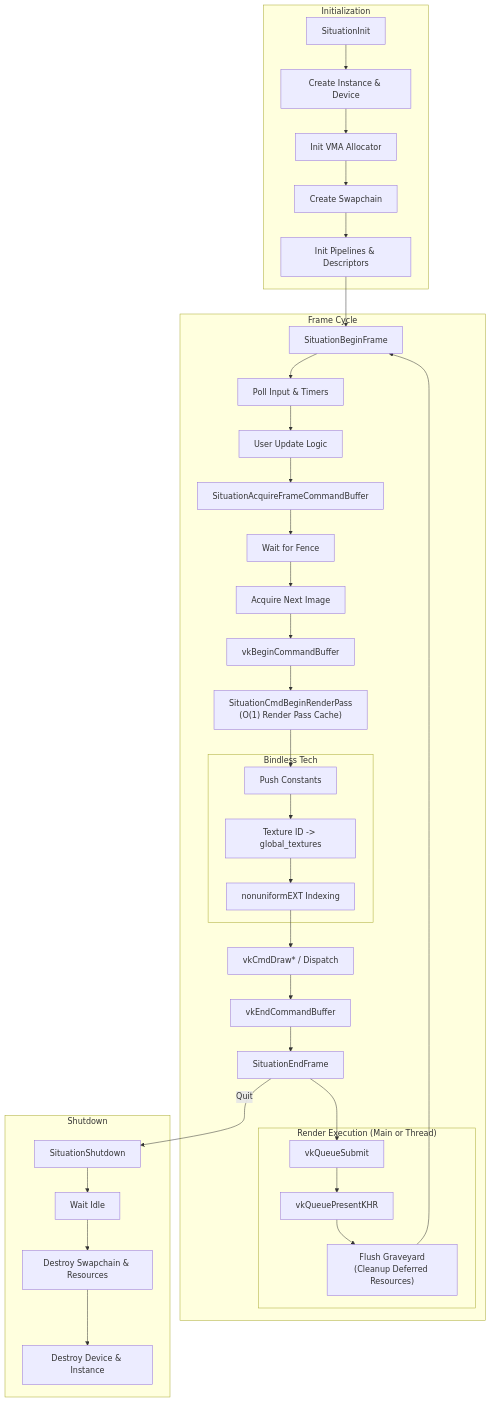
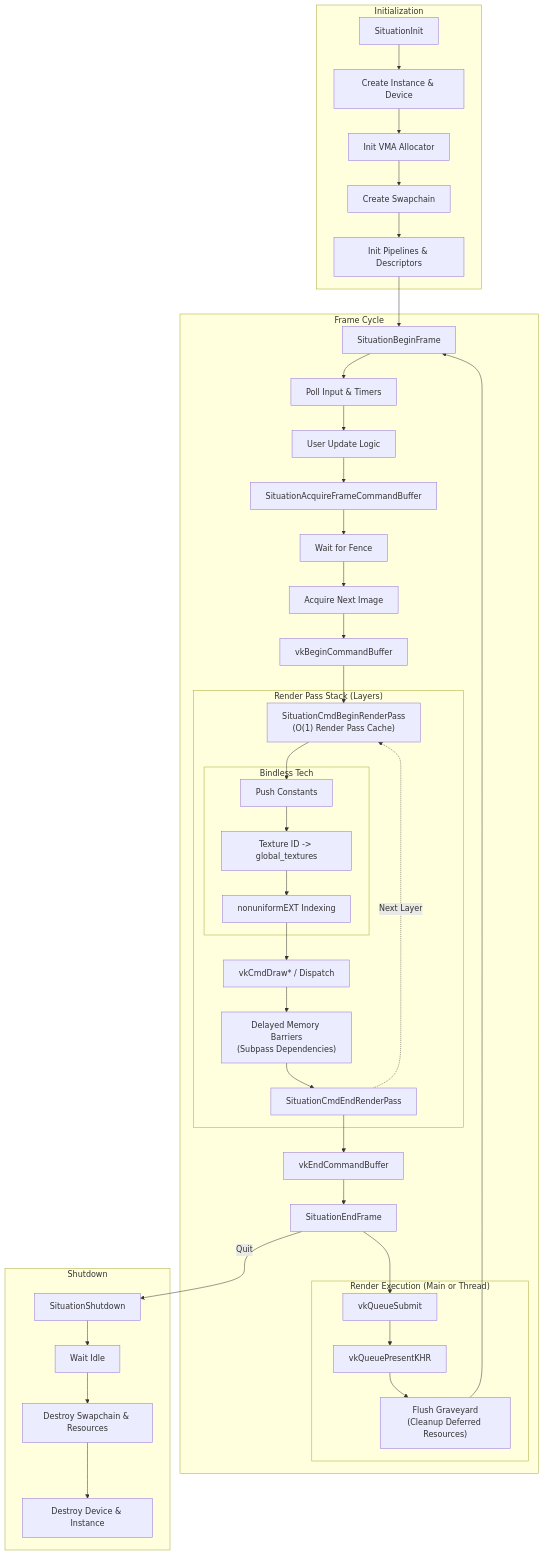
One commit to jmorel33/situation changed the third of 3 diagrams in README.md. Above: the diagram before and after it, drawn with Mermaid. The commit also changed other lines of this file and 1 other file, not shown here.

Commit message:
docs: update Mermaid diagrams to reflect render pass stack refactor

````diff
--- a/README.md
+++ b/README.md
@@ -321,55 +335,66 @@
 ```mermaid
 graph TD
     subgraph Init ["Initialization"]
         I1["SituationInit"]
         I2["Create Instance & Device"]
         I3["Init VMA Allocator"]
         I4["Create Swapchain"]
         I5["Init Pipelines & Descriptors"]
     end
 
     subgraph Loop ["Frame Cycle"]
         L1["SituationBeginFrame"]
         L2["Poll Input & Timers"]
         L3["User Update Logic"]
         L4["SituationAcquireFrameCommandBuffer"]
         L4a["Wait for Fence"]
         L4b["Acquire Next Image"]
         L4c["vkBeginCommandBuffer"]
-        L5["SituationCmdBeginRenderPass\n(O(1) Render Pass Cache)"]
 
-        subgraph Bindless ["Bindless Tech"]
-            B1["Push Constants"]
-            B2["Texture ID -> global_textures"]
-            B3["nonuniformEXT Indexing"]
+        subgraph RenderStack ["Render Pass Stack (Layers)"]
+            L5["SituationCmdBeginRenderPass\n(O(1) Render Pass Cache)"]
+
+            subgraph Bindless ["Bindless Tech"]
+                B1["Push Constants"]
+                B2["Texture ID -> global_textures"]
+                B3["nonuniformEXT Indexing"]
+            end
+
+            L5 --> B1 --> B2 --> B3 --> L6
+
+            L6["vkCmdDraw* / Dispatch"]
+            L6b["Delayed Memory Barriers<br/>(Subpass Dependencies)"]
+            L6c["SituationCmdEndRenderPass"]
+
+            L6 --> L6b --> L6c
+            L6c -. "Next Layer" .-> L5
         end
 
-        L6["vkCmdDraw* / Dispatch"]
         L7["vkEndCommandBuffer"]
         L8["SituationEndFrame"]
 
         subgraph Render ["Render Execution (Main or Thread)"]
             S1["vkQueueSubmit"]
             S2["vkQueuePresentKHR"]
             S3["Flush Graveyard<br/>(Cleanup Deferred Resources)"]
         end
     end
 
     subgraph Exit ["Shutdown"]
         E1["SituationShutdown"]
         E2["Wait Idle"]
         E3["Destroy Swapchain & Resources"]
         E4["Destroy Device & Instance"]
     end
 
     %% Flow
     I1 --> I2 --> I3 --> I4 --> I5 --> L1
     L1 --> L2 --> L3 --> L4
     L4 --> L4a --> L4b --> L4c --> L5
-    L5 --> B1 --> B2 --> B3 --> L6
-    L6 --> L7 --> L8
+    L6c --> L7
+    L7 --> L8
     L8 --> S1 --> S2 --> S3
     S3 --> L1
     L8 -- "Quit" --> E1
     E1 --> E2 --> E3 --> E4
 ```
````
